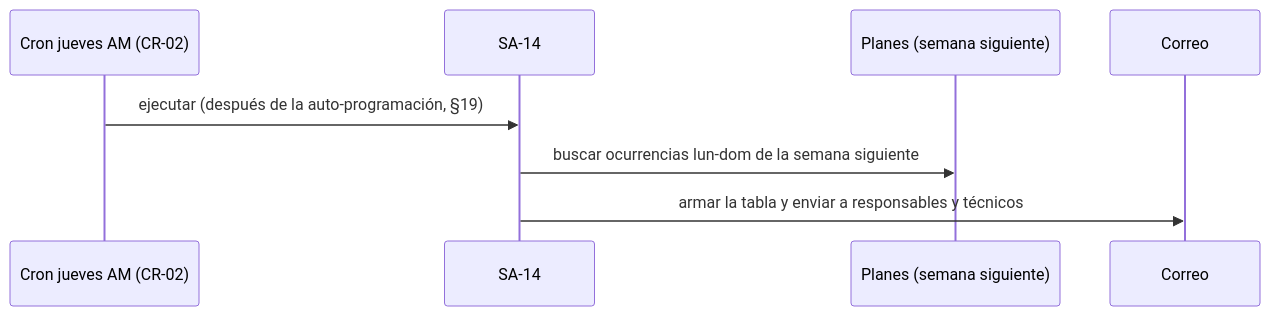
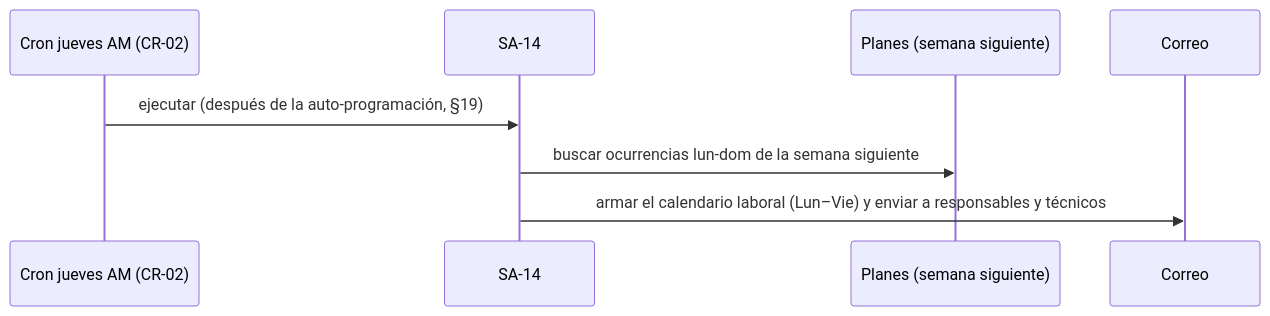
Diagram 22 of 26 in maintenance_plan/PROCESOS_Y_FLUJOS.md (dcuerowe/odoo_con_mantenciones), drawn with Mermaid before and after one commit. The commit also changed other lines of this file and 7 other files, not shown here.

````diff
--- a/maintenance_plan/PROCESOS_Y_FLUJOS.md
+++ b/maintenance_plan/PROCESOS_Y_FLUJOS.md
@@ -731,10 +731,10 @@
 ```mermaid
 sequenceDiagram
     participant C as Cron jueves AM (CR-02)
     participant SA as SA-14
     participant P as Planes (semana siguiente)
     participant M as Correo
     C->>SA: ejecutar (después de la auto-programación, §19)
     SA->>P: buscar ocurrencias lun-dom de la semana siguiente
-    SA->>M: armar la tabla y enviar a responsables y técnicos
+    SA->>M: armar el calendario laboral (Lun–Vie) y enviar a responsables y técnicos
 ```
````
